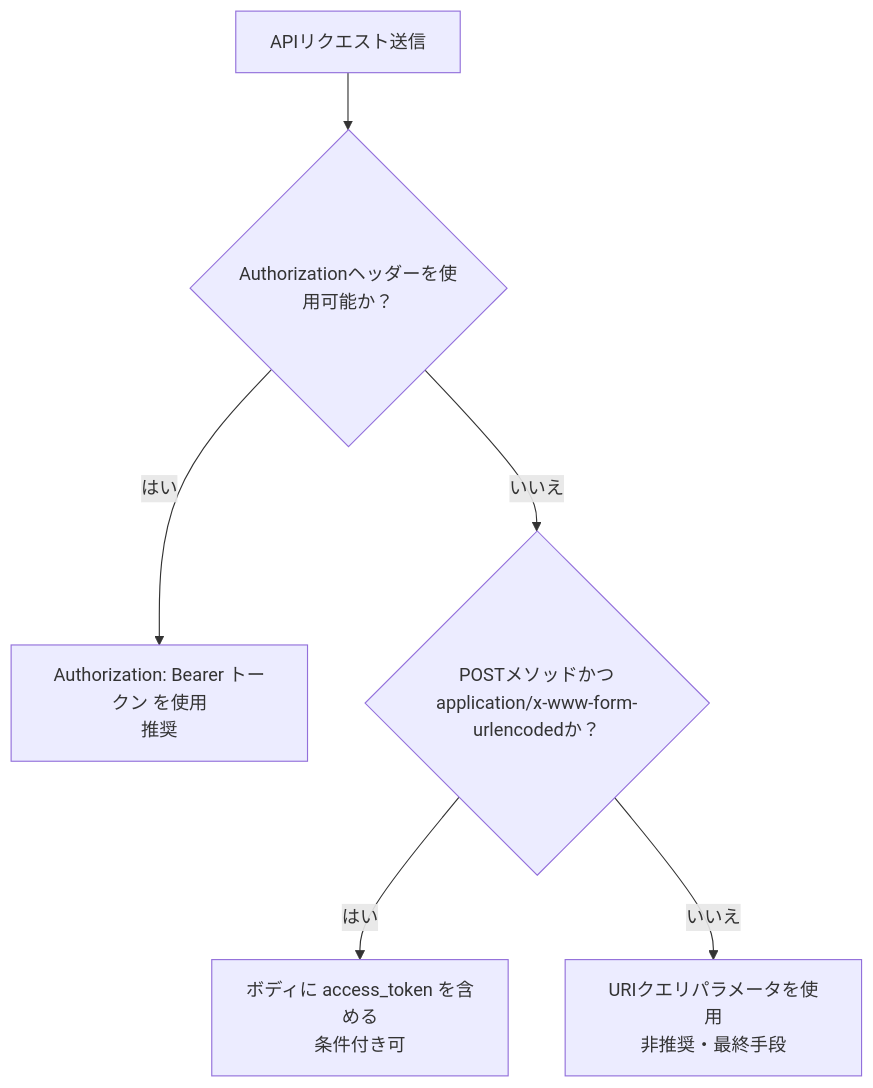
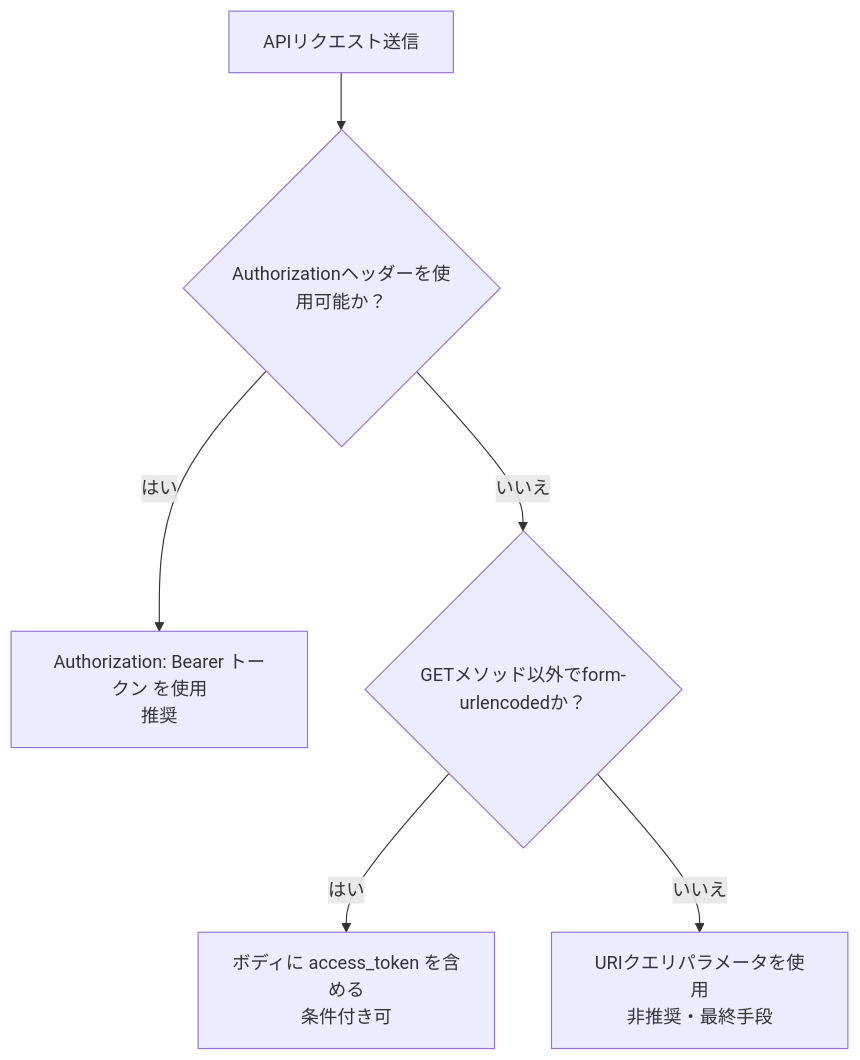
One commit to nbifrye/idbok changed the first of 2 diagrams in docs/specs/rfc6750.md. Above: the diagram before and after it, drawn with Mermaid. The commit also changed other lines of this file, not shown here.

````diff
--- a/docs/specs/rfc6750.md
+++ b/docs/specs/rfc6750.md
@@ -101,8 +103,8 @@
 ```mermaid
 flowchart TD
     A[APIリクエスト送信] --> B{Authorizationヘッダーを使用可能か？}
     B -- はい --> C[Authorization: Bearer トークン を使用<br/>推奨]
-    B -- いいえ --> D{POSTメソッドかつ<br/>application/x-www-form-urlencodedか？}
+    B -- いいえ --> D{GETメソッド以外でform-urlencodedか？}
     D -- はい --> E[ボディに access_token を含める<br/>条件付き可]
     D -- いいえ --> F[URIクエリパラメータを使用<br/>非推奨・最終手段]
 ```
````
